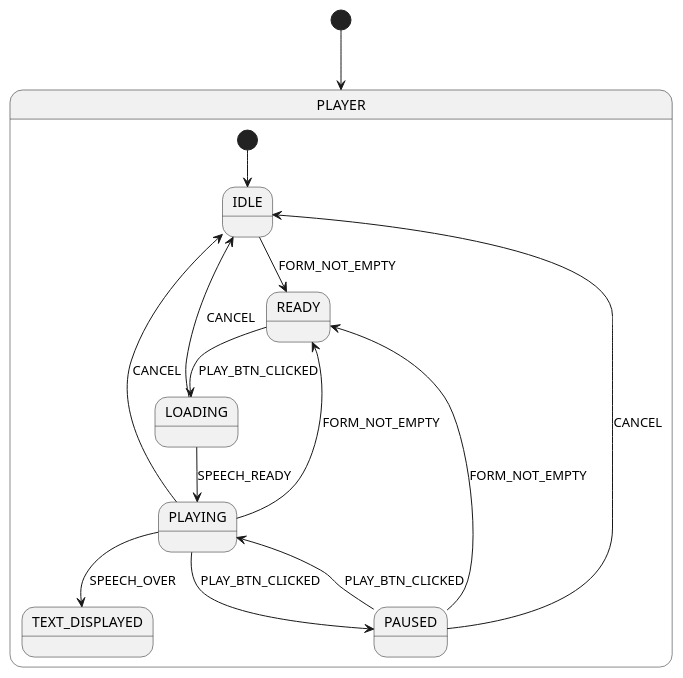
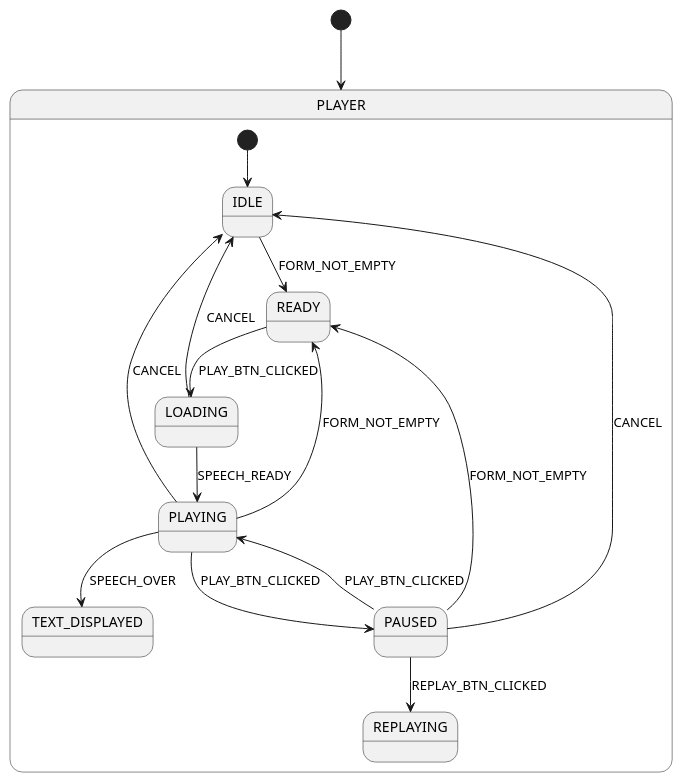
Before and after one commit to grannygoestoheaven/teller: the diagram in static/js/audio_sm.plantuml, drawn with PlantUML. The commit also changed 10 other files, not shown here.

```diff
--- a/static/js/audio_sm.plantuml
+++ b/static/js/audio_sm.plantuml
@@ -1,36 +1,38 @@
 @startuml AudioSm
 [*] --> PLAYER
 
 state PLAYER {
     [*] --> IDLE
 
     state IDLE
     state READY
     state LOADING <<dark>>
     state PLAYING <<red>>
+    state REPLAYING
     state PAUSED <<blue>>
     state TEXT_DISPLAYED
 
     '############################ transitions ############################
 
     IDLE --> READY : FORM_NOT_EMPTY
 
     READY --> LOADING : PLAY_BTN_CLICKED
 
     LOADING --> PLAYING : SPEECH_READY
     LOADING --> IDLE : CANCEL
 
     PLAYING --> PAUSED : PLAY_BTN_CLICKED
     PLAYING --> READY : FORM_NOT_EMPTY
     PLAYING --> IDLE : CANCEL
     PLAYING --> TEXT_DISPLAYED : SPEECH_OVER
 
     PAUSED --> PLAYING : PLAY_BTN_CLICKED
+    PAUSED --> REPLAYING : REPLAY_BTN_CLICKED
     PAUSED --> READY : FORM_NOT_EMPTY
     PAUSED --> IDLE : CANCEL
 }
 
 /'! $CONFIG : toml
 SmRunnerSettings.transpilerId = "JavaScript"
 '/
 @enduml
```
